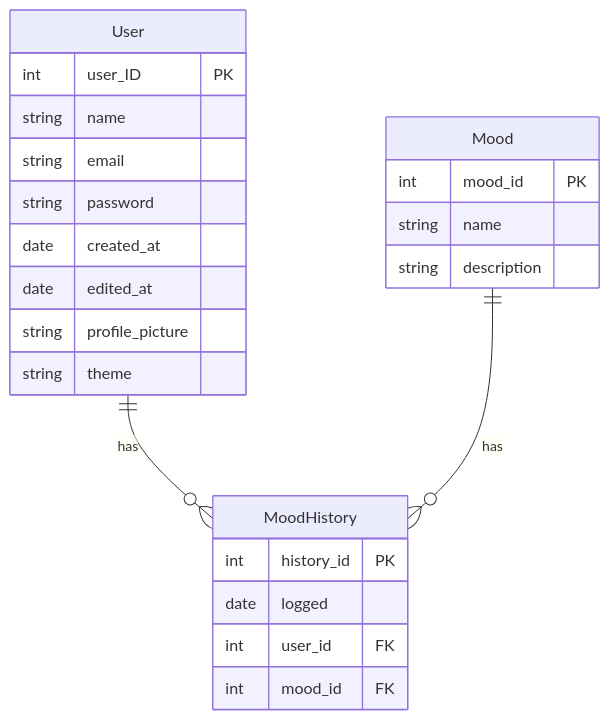
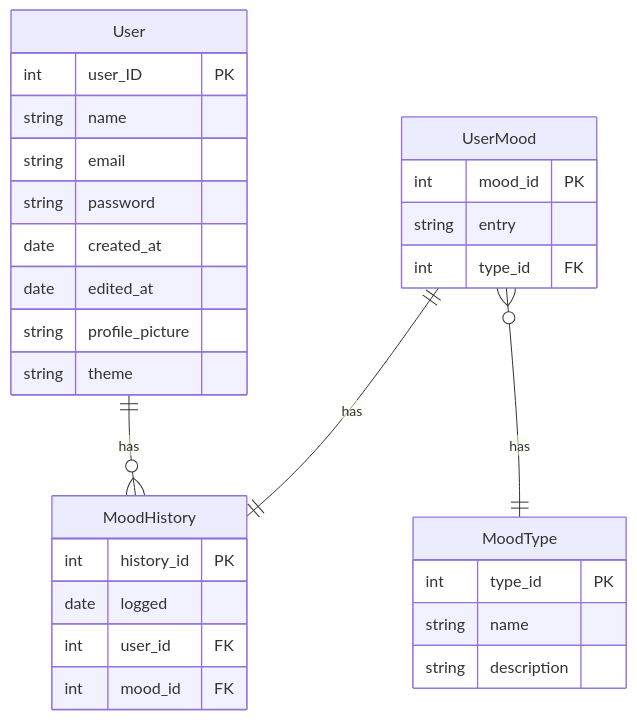
Before and after one commit to HanaLouizaMoussaoui/MOOd: the diagram in README.md, drawn with Mermaid.

````diff
--- a/README.md
+++ b/README.md
@@ -28,28 +28,34 @@
 ```mermaid
 erDiagram
         User ||--o{ MoodHistory: has
-    Mood ||--o{ MoodHistory: has
+    UserMood ||--|| MoodHistory: has
+   UserMood }o--|| MoodType: has
 
     User {
         int user_ID PK
         string name
         string email
         string password
         date created_at
         date edited_at
         string profile_picture
 	string theme
     }
-    Mood {
+    UserMood {
 	int mood_id PK
-	string name
-	string description
+	string entry
+	int type_id FK
     }
 
    MoodHistory {
 	int history_id PK
 	date logged
 	int user_id FK
 	int mood_id FK
 }
+   MoodType {
+	int type_id PK
+	string name
+	string description
+}
 ```
````
